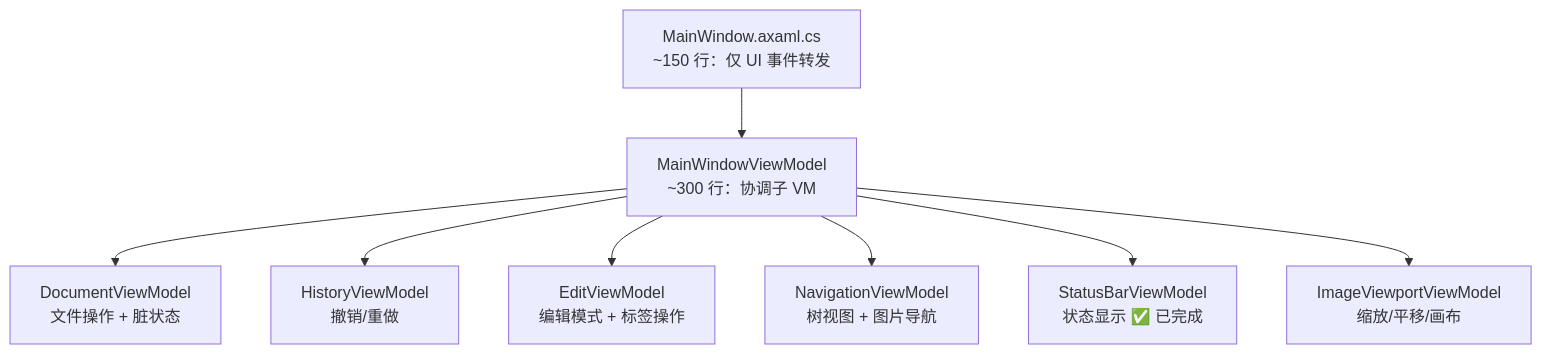
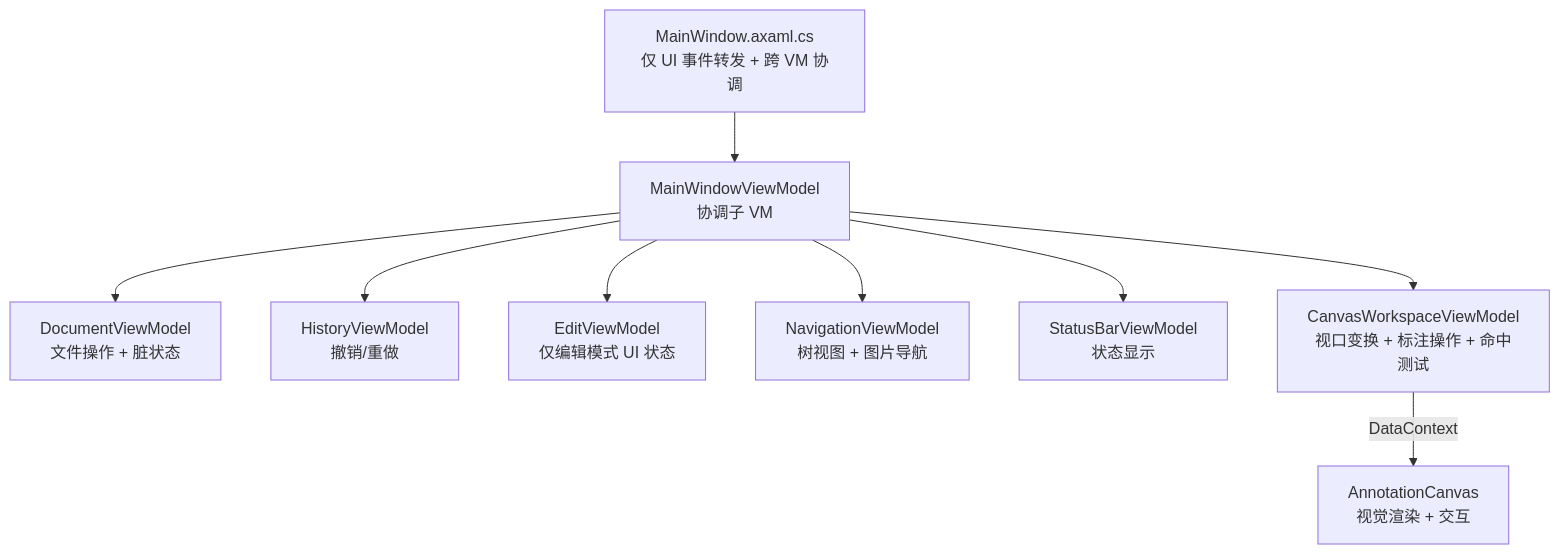
One commit to Boxkun/LabelAva changed the first of 2 diagrams in plans/MVVM重构路线.md. Above: the diagram before and after it, drawn with Mermaid. The commit also changed other lines of this file and 12 other files, not shown here.

````diff
--- a/plans/MVVM重构路线.md
+++ b/plans/MVVM重构路线.md
@@ -9,19 +9,21 @@
 ```mermaid
 graph TD
-    MW["MainWindow.axaml.cs<br/>~150 行：仅 UI 事件转发"]
-    MWVM["MainWindowViewModel<br/>~300 行：协调子 VM"]
+    MW["MainWindow.axaml.cs<br/>仅 UI 事件转发 + 跨 VM 协调"]
+    MWVM["MainWindowViewModel<br/>协调子 VM"]
     DOC["DocumentViewModel<br/>文件操作 + 脏状态"]
     HIST["HistoryViewModel<br/>撤销/重做"]
-    EDIT["EditViewModel<br/>编辑模式 + 标签操作"]
+    EDIT["EditViewModel<br/>仅编辑模式 UI 状态"]
     NAV["NavigationViewModel<br/>树视图 + 图片导航"]
-    SB["StatusBarViewModel<br/>状态显示 ✅ 已完成"]
-    VP["ImageViewportViewModel<br/>缩放/平移/画布"]
+    SB["StatusBarViewModel<br/>状态显示"]
+    CWS["CanvasWorkspaceViewModel<br/>视口变换 + 标注操作 + 命中测试"]
+    AC["AnnotationCanvas<br/>视觉渲染 + 交互"]
 
     MW --> MWVM
     MWVM --> DOC
     MWVM --> HIST
     MWVM --> EDIT
     MWVM --> NAV
     MWVM --> SB
-    MWVM --> VP
+    MWVM --> CWS
+    CWS -->|DataContext| AC
 ```
````
